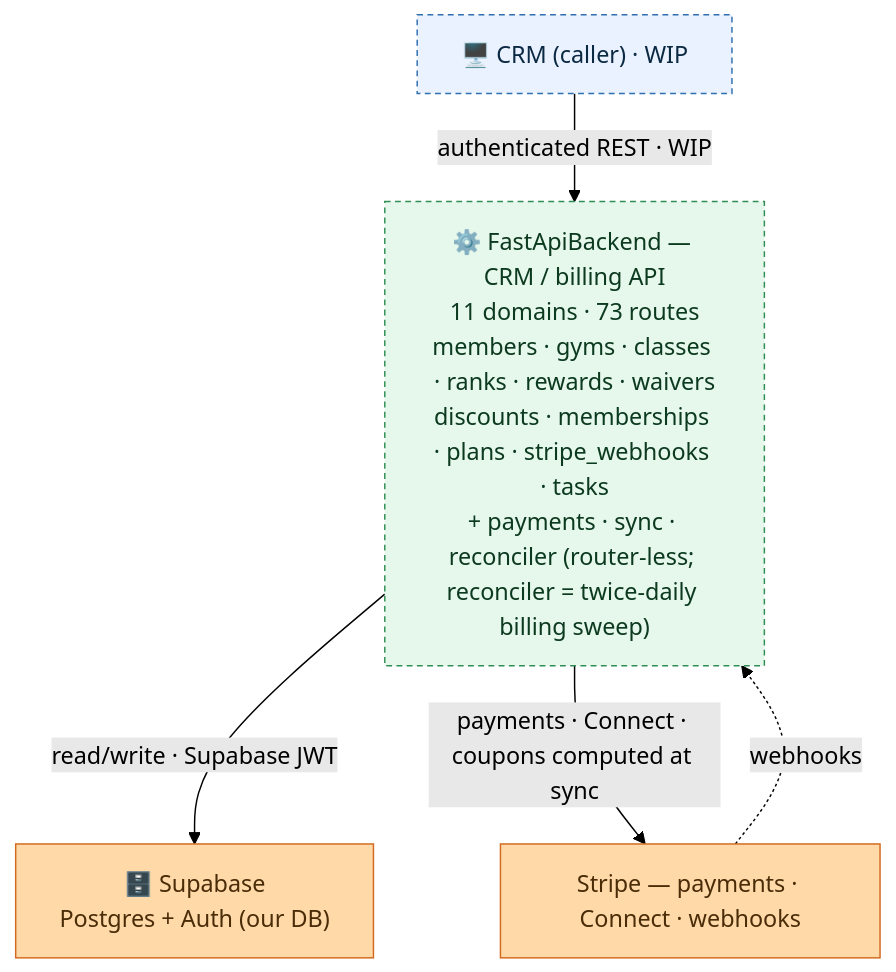
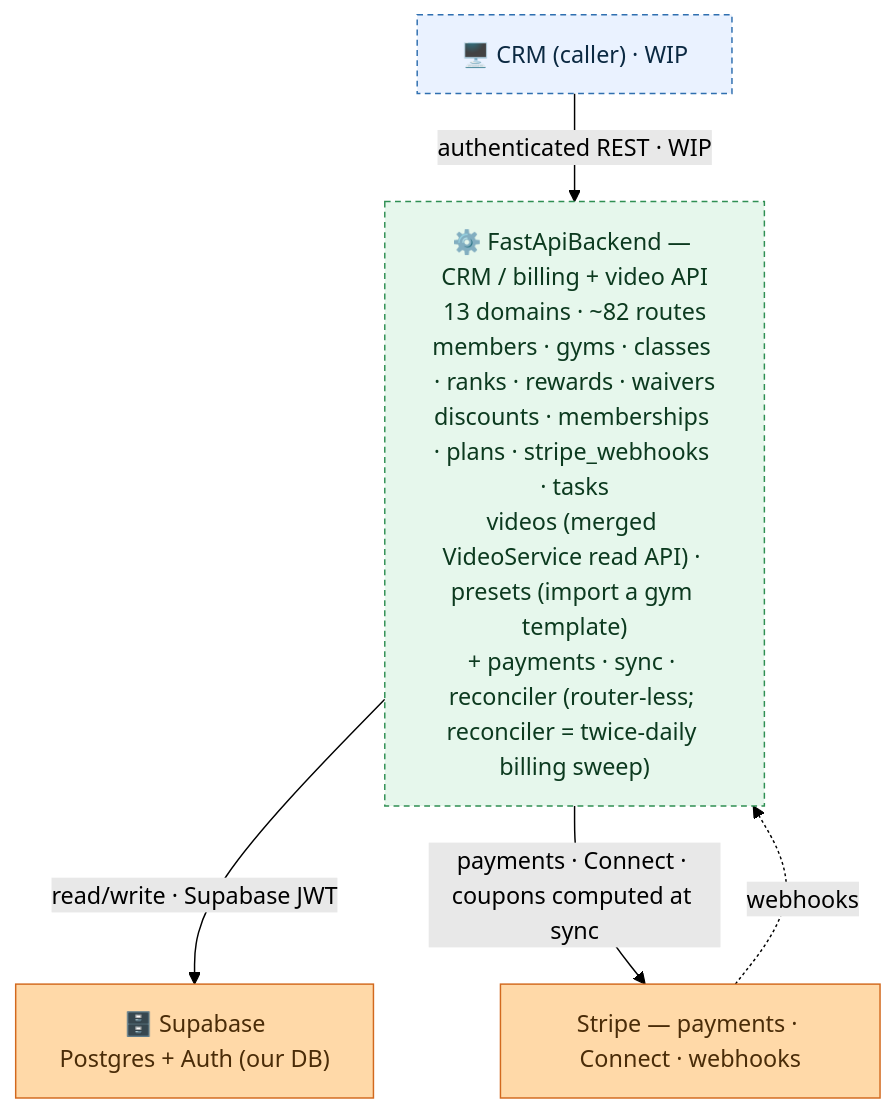
One commit to jesse51002/CombatDen changed the diagram in FastApiBackend/README.md. Above: the diagram before and after it, drawn with Mermaid (forest theme). The commit also changed other lines of this file and 5 other files, not shown here.

First line of the commit message:
videos/presets: unit tests + README/VideoService doc updates

````diff
--- a/FastApiBackend/README.md
+++ b/FastApiBackend/README.md
@@ -15,19 +16,19 @@
 ```mermaid
 flowchart TB
   CRM["🖥️ CRM (caller) · WIP"]
-  FB["⚙️ FastApiBackend — CRM / billing API<br/>11 domains · 73 routes<br/>members · gyms · classes · ranks · rewards · waivers<br/>discounts · memberships · plans · stripe_webhooks · tasks<br/>+ payments · sync · reconciler (router-less; reconciler = twice-daily billing sweep)"]
+  FB["⚙️ FastApiBackend — CRM / billing + video API<br/>13 domains · ~82 routes<br/>members · gyms · classes · ranks · rewards · waivers<br/>discounts · memberships · plans · stripe_webhooks · tasks<br/>videos (merged VideoService read API) · presets (import a gym template)<br/>+ payments · sync · reconciler (router-less; reconciler = twice-daily billing sweep)"]
   Supabase["🗄️ Supabase<br/>Postgres + Auth (our DB)"]
   Stripe["Stripe — payments · Connect · webhooks"]
   CRM -->|"authenticated REST · WIP"| FB
   FB -->|"read/write · Supabase JWT"| Supabase
   FB -->|"payments · Connect · coupons computed at sync"| Stripe
   Stripe -.->|"webhooks"| FB
   classDef client fill:#eaf2ff,stroke:#2f6fb0,color:#0b2942;
   classDef svc fill:#e6f7ec,stroke:#2f8f53,color:#0c3a1f;
   classDef ext fill:#ffd9a8,stroke:#d2691e,color:#4a2c08;
   class CRM client;
   class FB svc;
   class Supabase,Stripe ext;
   style CRM stroke-dasharray:4 3;
   style FB stroke-dasharray:4 3;
 ```
````
